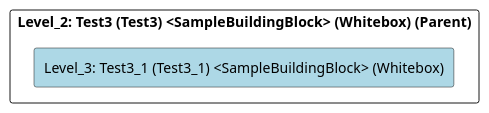
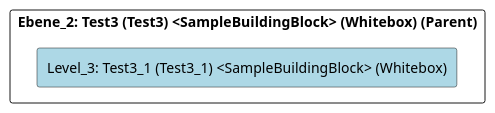
Before and after one commit to marcozwyssig/cleon: the diagram in src/cleon.architecturemethods.arc42.sample/doc/cleon_architecturemethods_arc42_sample_arc42/adoc/en/05_building_block_view/chess/test3/test3_1/level_3_test3_1.adoc, drawn with PlantUML. The commit also changed other lines of this file and 620 other files, not shown here.

```diff
--- a/src/cleon.architecturemethods.arc42.sample/doc/cleon_architecturemethods_arc42_sample_arc42/adoc/en/05_building_block_view/chess/test3/test3_1/level_3_test3_1.adoc
+++ b/src/cleon.architecturemethods.arc42.sample/doc/cleon_architecturemethods_arc42_sample_arc42/adoc/en/05_building_block_view/chess/test3/test3_1/level_3_test3_1.adoc
@@ -20,24 +20,24 @@
 [plantuml, Level_3: Test3_1 (Test3_1) <SampleBuildingBlock> (Whitebox)BlockOverview, format="svg"]
 ----
 @startuml Level_3: Test3_1 (Test3_1) <SampleBuildingBlock> (Whitebox)BuildingBlockOverview
 
 skinparam ranksep 10
 skinparam componentStyle rectangle
 skinparam shadowing false
 skinparam arrowColor lightblue
 skinparam arrowThickness 1.2
 skinparam rectangle {
   BackgroundColor White
   BorderColor #333
   RoundCorner 10
 }
 top to bottom direction
 
-component "Level_2: Test3 (Test3) <SampleBuildingBlock> (Whitebox) (Parent)" {
+component "Ebene_2: Test3 (Test3) <SampleBuildingBlock> (Whitebox) (Parent)" {
     component "Level_3: Test3_1 (Test3_1) <SampleBuildingBlock> (Whitebox)" #lightblue {
     }
 
 }
 
 @enduml
 ----
```
